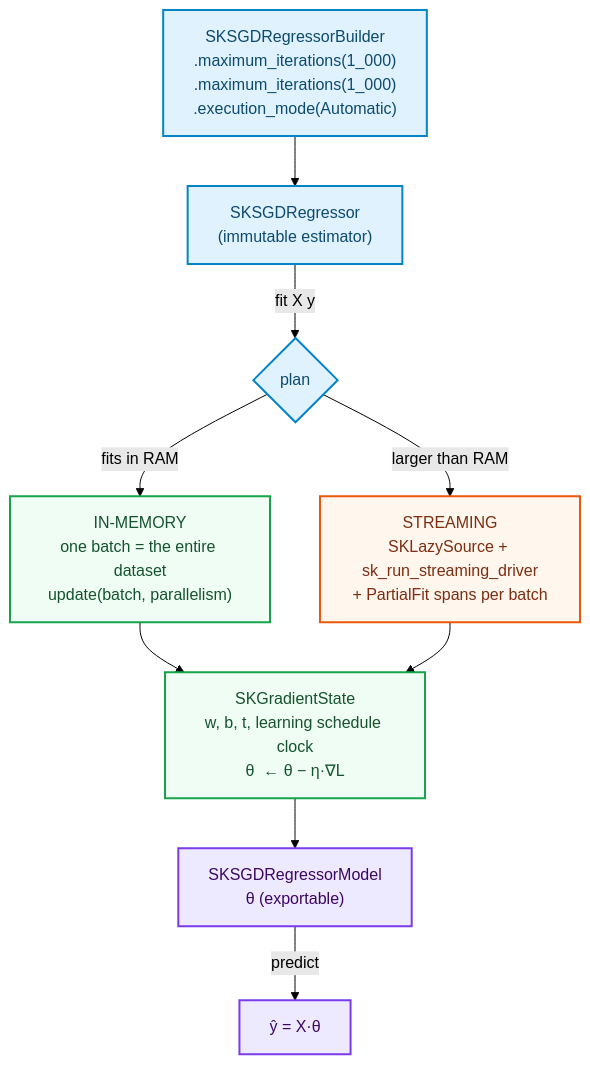
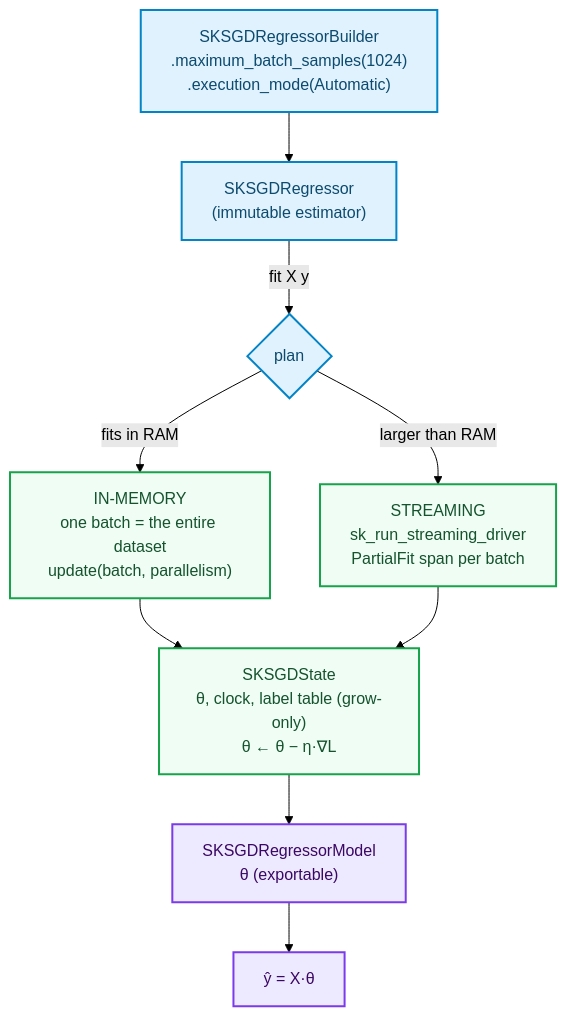
One commit to neurono-ml/sciencekit changed the diagram in docs/src/tutorials/adding-a-streaming-model.md. Above: the diagram before and after it, drawn with Mermaid (forest theme). The commit also changed other lines of this file and 5 other files, not shown here.

````diff
--- a/docs/src/tutorials/adding-a-streaming-model.md
+++ b/docs/src/tutorials/adding-a-streaming-model.md
@@ -27,17 +25,16 @@
 ```mermaid
 flowchart TB
     classDef planNode fill:#e0f2fe,stroke:#0284c7,color:#0c4a6e,stroke-width:2px
     classDef computeNode fill:#f0fdf4,stroke:#16a34a,color:#14532d,stroke-width:2px
-    classDef streamNode fill:#fff7ed,stroke:#ea580c,color:#7c2d12,stroke-width:2px
     classDef modelNode fill:#ede9fe,stroke:#7c3aed,color:#3b0764,stroke-width:2px
 
-    B["SKSGDRegressorBuilder<br>.maximum_iterations(1_000)<br>.maximum_iterations(1_000)<br>.execution_mode(Automatic)"]:::planNode
+    B["SKSGDRegressorBuilder<br>.maximum_batch_samples(1024)<br>.execution_mode(Automatic)"]:::planNode
     B --> E["SKSGDRegressor<br>(immutable estimator)"]:::planNode
     E -->|fit X y| R{"plan"}:::planNode
     R -->|fits in RAM| C["IN-MEMORY<br>one batch = the entire dataset<br>update(batch, parallelism)"]:::computeNode
-    R -->|larger than RAM| St["STREAMING<br>SKLazySource + sk_run_streaming_driver<br>+ PartialFit spans per batch"]:::streamNode
-    C --> Acc
-    St --> Acc["SKGradientState<br>w, b, t, learning schedule clock<br>θ  ← θ − η·∇L"]:::computeNode
+    R -->|larger than RAM| St["STREAMING<br>sk_run_streaming_driver<br>PartialFit span per batch"]:::computeNode
+    C --> Acc["SKSGDState<br>θ, clock, label table (grow-only)<br>θ ← θ − η·∇L"]:::computeNode
+    St --> Acc
     Acc --> Ms["SKSGDRegressorModel<br>θ (exportable)"]:::modelNode
-    Ms -->|predict| pŷ["ŷ = X·θ"]:::modelNode
+    Ms --> P["ŷ = X·θ"]:::modelNode
 ```
````
